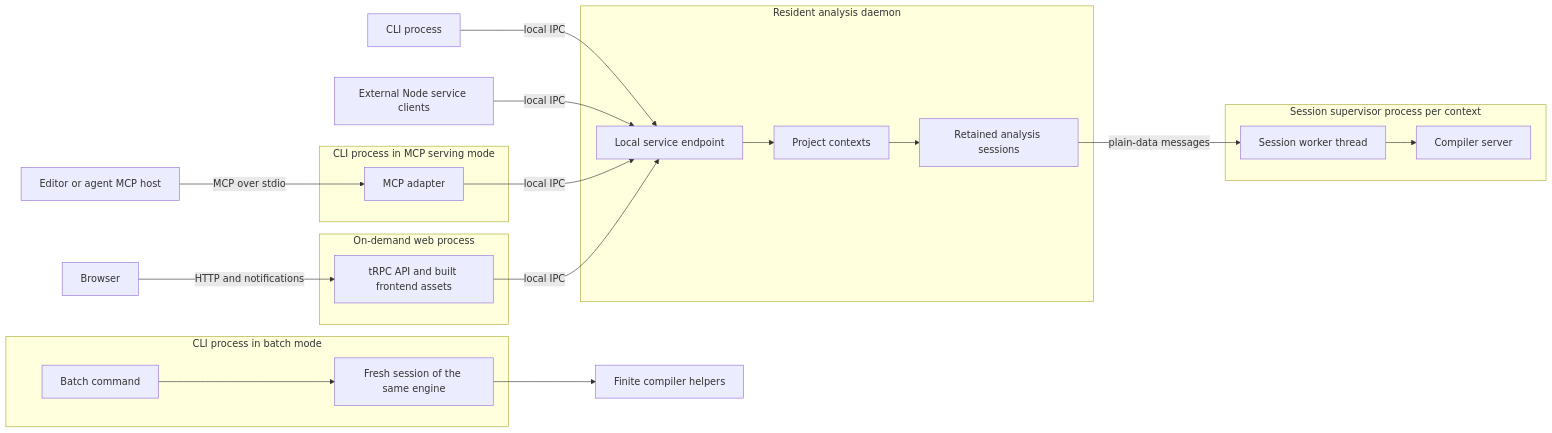
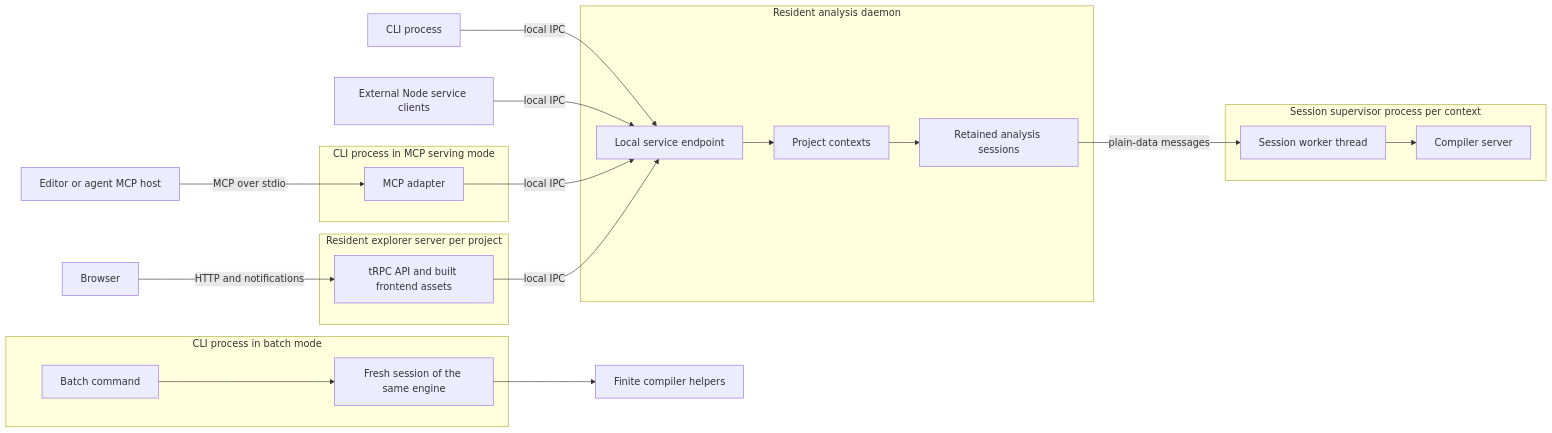
The diagram in docs/architecture/processes-and-clients.md (danmaz74/ramify), drawn with Mermaid before and after one commit. The commit also changed other lines of this file and 51 other files, not shown here.

First line of the commit message:
feat(explorer): serve the explorer as a resident per-project server

````diff
--- a/docs/architecture/processes-and-clients.md
+++ b/docs/architecture/processes-and-clients.md
@@ -24,27 +26,27 @@
 ```mermaid
 flowchart LR
   CLI[CLI process] -->|local IPC| API
   Native[External Node service clients] -->|local IPC| API
   Host[Editor or agent MCP host] -->|MCP over stdio| MCP
   subgraph McpProcess[CLI process in MCP serving mode]
     MCP[MCP adapter]
   end
   MCP -->|local IPC| API
   Browser[Browser] -->|HTTP and notifications| Web
-  subgraph WebProcess[On-demand web process]
+  subgraph WebProcess[Resident explorer server per project]
     Web[tRPC API and built frontend assets]
   end
   Web -->|local IPC| API
   subgraph DaemonProcess[Resident analysis daemon]
     API[Local service endpoint] --> Contexts[Project contexts]
     Contexts --> Engine[Retained analysis sessions]
   end
   subgraph SessionProcess[Session supervisor process per context]
     Worker[Session worker thread] --> Server[Compiler server]
   end
   Engine -->|plain-data messages| Worker
   subgraph BatchProcess[CLI process in batch mode]
     Batch[Batch command] --> Fresh[Fresh session of the same engine]
   end
   Fresh --> Helpers[Finite compiler helpers]
 ```
````
